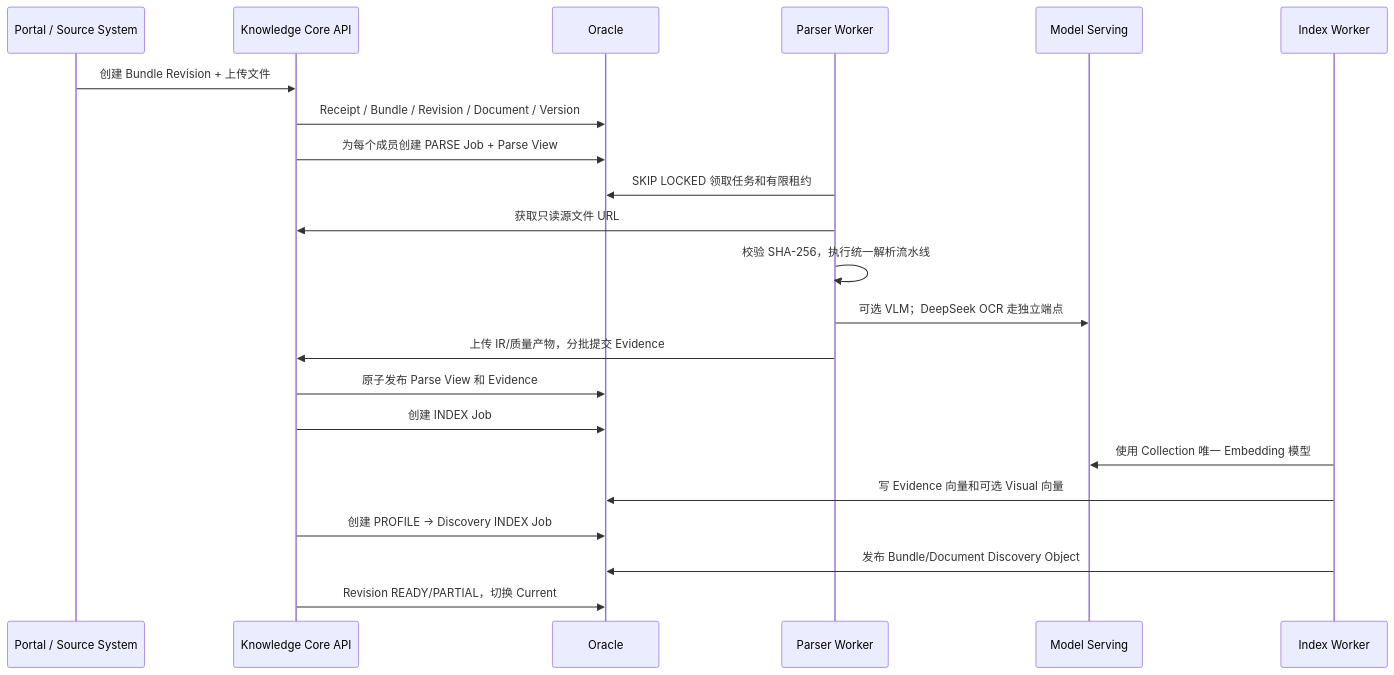
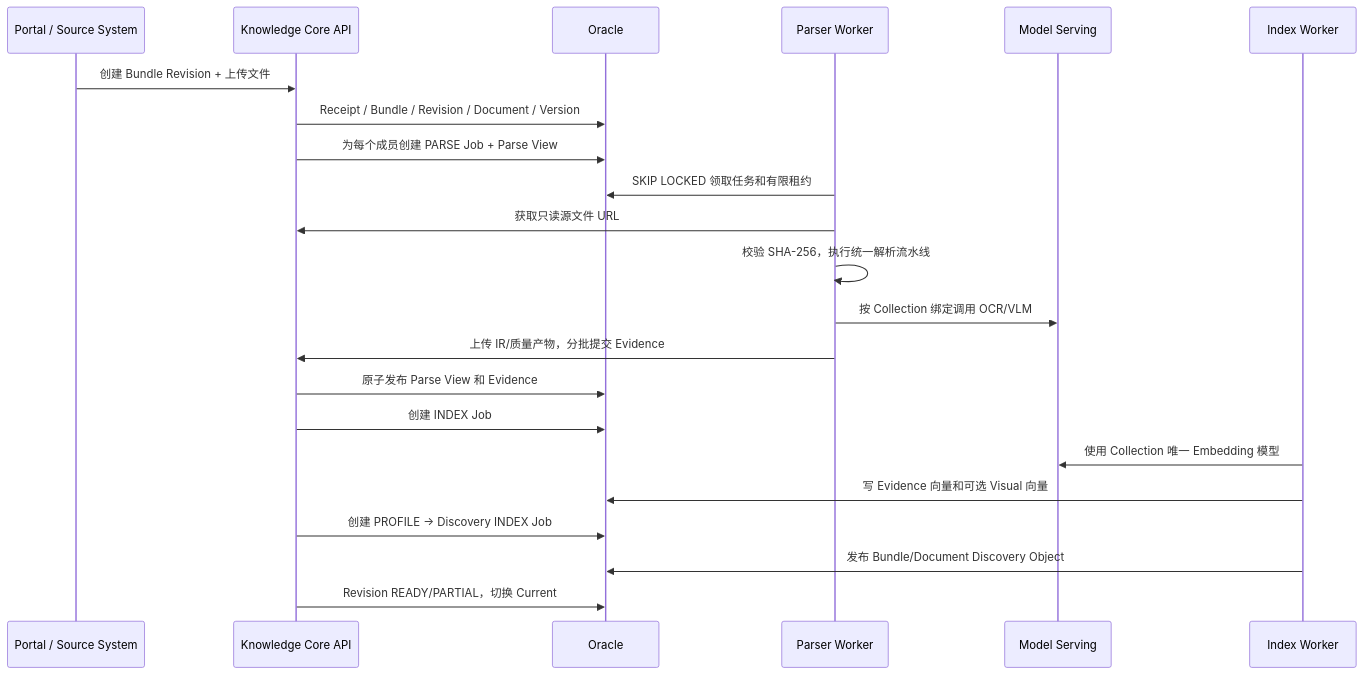
One commit to munger1985/kbot changed the second of 2 diagrams in docs/product/knowledge-lifecycle.md. Above: the diagram before and after it, drawn with Mermaid. The commit also changed other lines of this file and 44 other files, not shown here.

````diff
--- a/docs/product/knowledge-lifecycle.md
+++ b/docs/product/knowledge-lifecycle.md
@@ -63,25 +63,25 @@
 ```mermaid
 sequenceDiagram
     participant U as Portal / Source System
     participant KC as Knowledge Core API
     participant DB as Oracle
     participant P as Parser Worker
     participant M as Model Serving
     participant I as Index Worker
 
     U->>KC: 创建 Bundle Revision + 上传文件
     KC->>DB: Receipt / Bundle / Revision / Document / Version
     KC->>DB: 为每个成员创建 PARSE Job + Parse View
     P->>DB: SKIP LOCKED 领取任务和有限租约
     P->>KC: 获取只读源文件 URL
     P->>P: 校验 SHA-256，执行统一解析流水线
-    P->>M: 可选 VLM；DeepSeek OCR 走独立端点
+    P->>M: 按 Collection 绑定调用 OCR/VLM
     P->>KC: 上传 IR/质量产物，分批提交 Evidence
     KC->>DB: 原子发布 Parse View 和 Evidence
     KC->>DB: 创建 INDEX Job
     I->>M: 使用 Collection 唯一 Embedding 模型
     I->>DB: 写 Evidence 向量和可选 Visual 向量
     KC->>DB: 创建 PROFILE → Discovery INDEX Job
     I->>DB: 发布 Bundle/Document Discovery Object
     KC->>DB: Revision READY/PARTIAL，切换 Current
 ```
````
